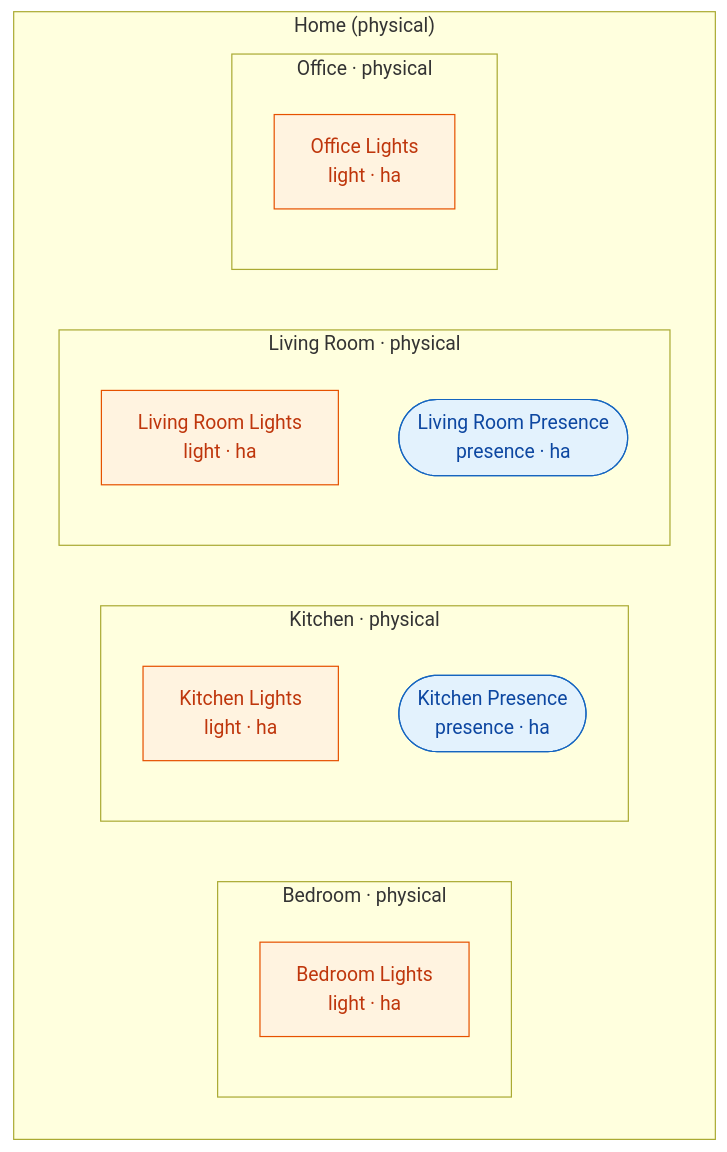
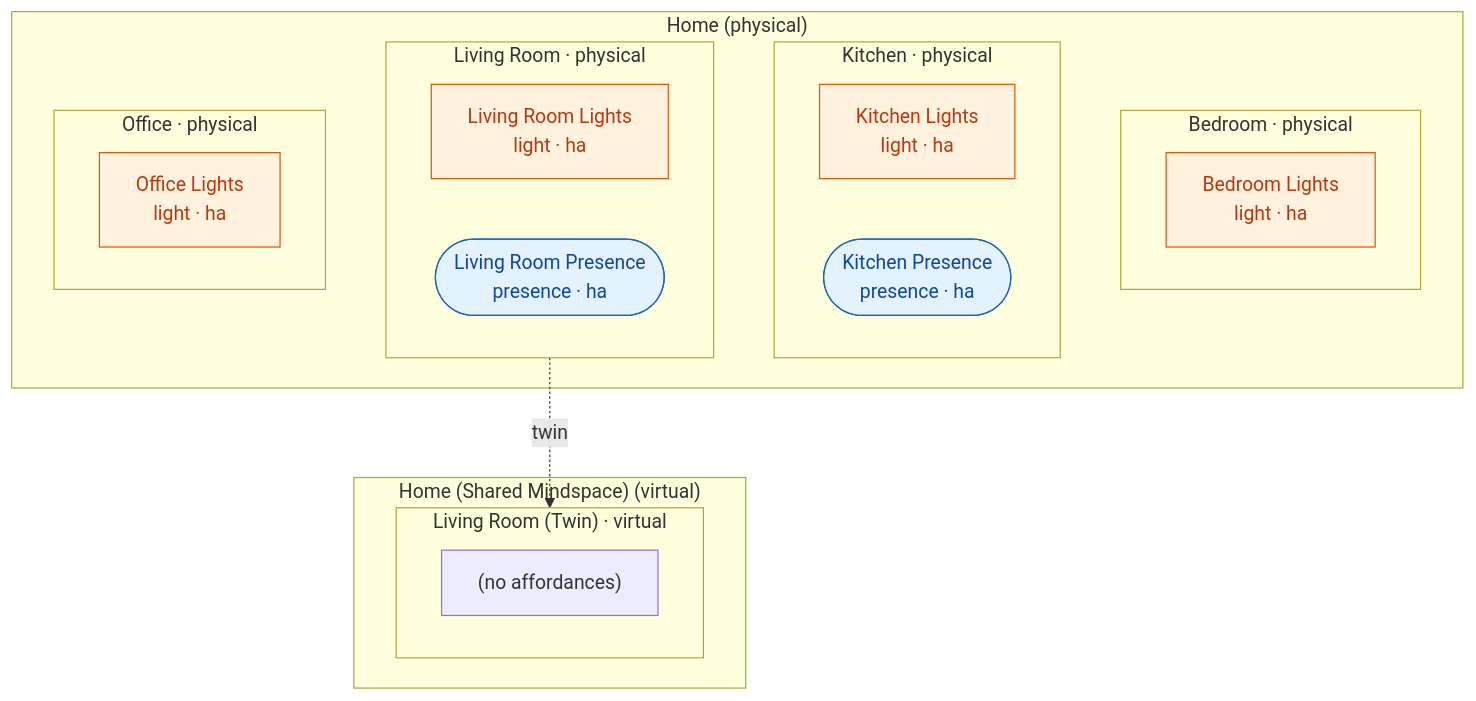
One commit to CGIC-AI/psfn-framework changed the diagram in docs/world-map.mmd. Above: the diagram before and after it, drawn with Mermaid. The commit also changed 14 other files, not shown here.

```diff
--- a/docs/world-map.mmd
+++ b/docs/world-map.mmd
@@ -1,26 +1,32 @@
 flowchart TB
   %% PSFN world map — sites, places, affordances, and bound satellites.
   %% Generated from places.json (+ satellites.json) by renderPlacesMermaid
   %% (src/channels/backplane/places-mermaid.ts). Regenerate with: npm run map:places.
   subgraph site_0["Home (physical)"]
     subgraph place_0["Bedroom · physical"]
       place_0_aff_0["Bedroom Lights\nlight · ha"]
     end
     subgraph place_1["Kitchen · physical"]
       place_1_aff_0["Kitchen Lights\nlight · ha"]
       place_1_aff_1(["Kitchen Presence\npresence · ha"])
     end
     subgraph place_2["Living Room · physical"]
       place_2_aff_0["Living Room Lights\nlight · ha"]
       place_2_aff_1(["Living Room Presence\npresence · ha"])
     end
-    subgraph place_3["Office · physical"]
-      place_3_aff_0["Office Lights\nlight · ha"]
+    subgraph place_4["Office · physical"]
+      place_4_aff_0["Office Lights\nlight · ha"]
+    end
+  end
+  subgraph site_1["Home (Shared Mindspace) (virtual)"]
+    subgraph place_3["Living Room (Twin) · virtual"]
+      place_3_empty["(no affordances)"]
     end
   end
 
   classDef perceiver fill:#e3f2fd,stroke:#1565c0,color:#0d47a1;
   classDef effector fill:#fff3e0,stroke:#e65100,color:#bf360c;
   classDef satellite fill:#f3e5f5,stroke:#6a1b9a,color:#4a148c;
   class place_1_aff_1,place_2_aff_1 perceiver
-  class place_0_aff_0,place_1_aff_0,place_2_aff_0,place_3_aff_0 effector
+  class place_0_aff_0,place_1_aff_0,place_2_aff_0,place_4_aff_0 effector
+  place_2 -.->|twin| place_3
```
